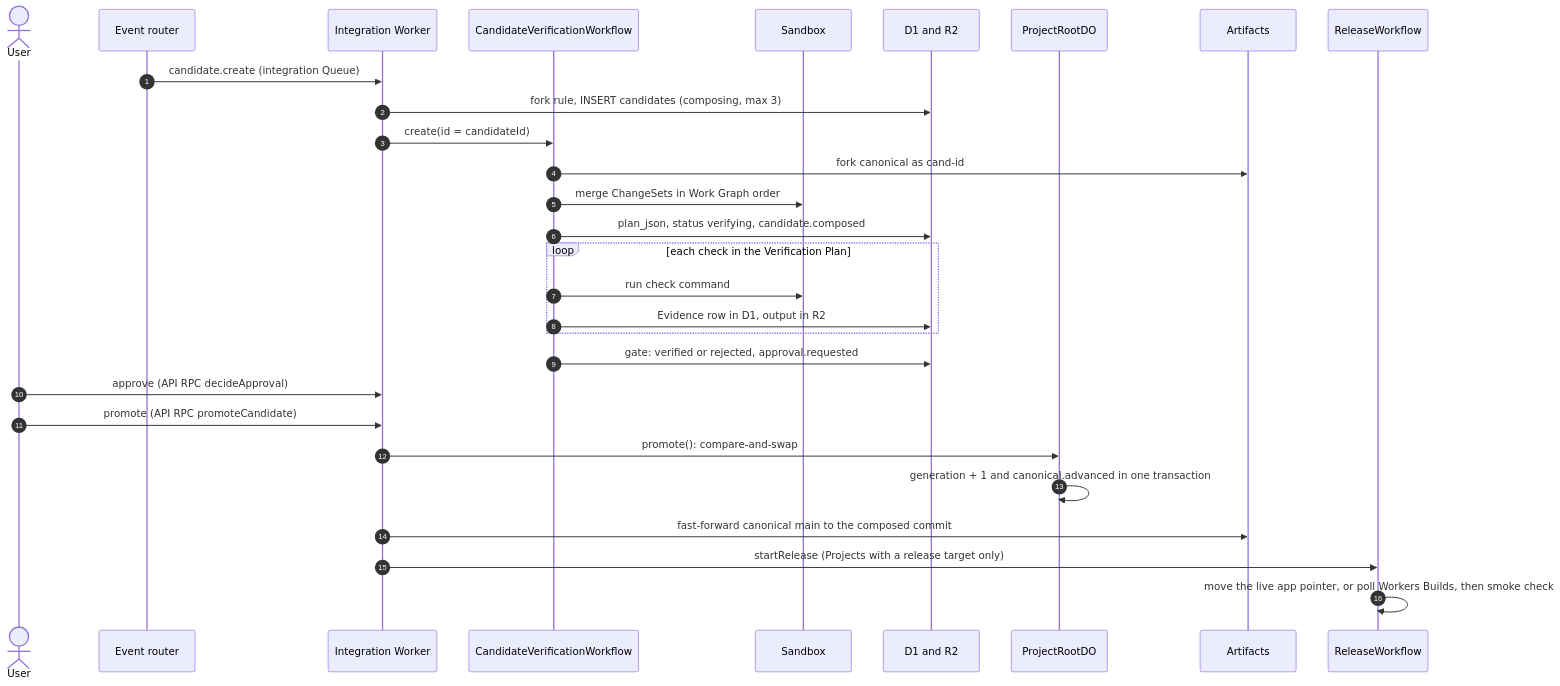
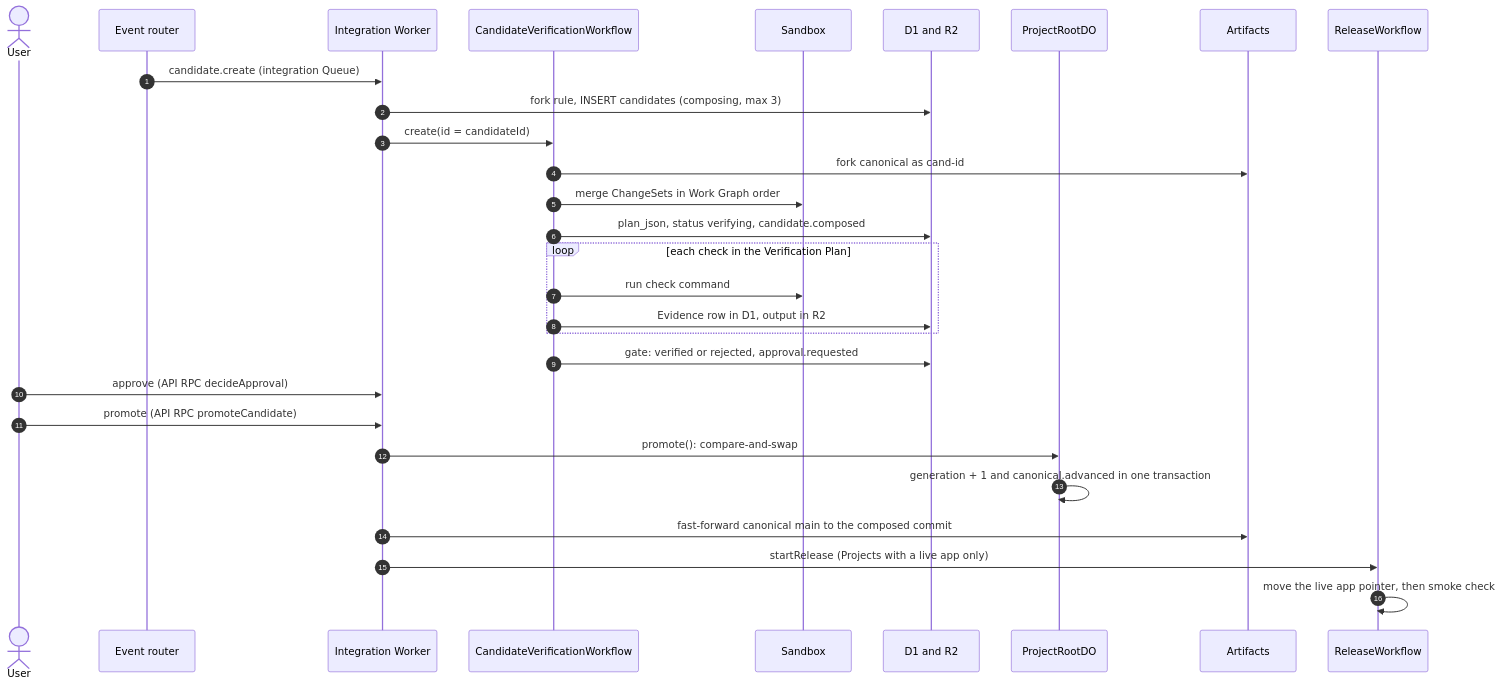
Before and after one commit to nsudhanva/rhumbatron: the third of 7 diagrams in docs/architecture/change-lifecycle.md, drawn with Mermaid. The commit also changed other lines of this file and 16 other files, not shown here.

Commit message:
docs(docs): state live app as the only release path and delete adr 0018

````diff
--- a/docs/architecture/change-lifecycle.md
+++ b/docs/architecture/change-lifecycle.md
@@ -113,32 +113,32 @@
 ```mermaid
 sequenceDiagram
   autonumber
   actor User
   participant ER as Event router
   participant INT as Integration Worker
   participant VW as CandidateVerificationWorkflow
   participant SBX as Sandbox
   participant D1 as D1 and R2
   participant Root as ProjectRootDO
   participant Art as Artifacts
   participant RW as ReleaseWorkflow
 
   ER->>INT: candidate.create (integration Queue)
   INT->>D1: fork rule, INSERT candidates (composing, max 3)
   INT->>VW: create(id = candidateId)
   VW->>Art: fork canonical as cand-id
   VW->>SBX: merge ChangeSets in Work Graph order
   VW->>D1: plan_json, status verifying, candidate.composed
   loop each check in the Verification Plan
     VW->>SBX: run check command
     VW->>D1: Evidence row in D1, output in R2
   end
   VW->>D1: gate: verified or rejected, approval.requested
   User->>INT: approve (API RPC decideApproval)
   User->>INT: promote (API RPC promoteCandidate)
   INT->>Root: promote(): compare-and-swap
   Root->>Root: generation + 1 and canonical.advanced in one transaction
   INT->>Art: fast-forward canonical main to the composed commit
-  INT->>RW: startRelease (Projects with a release target only)
-  RW->>RW: move the live app pointer, or poll Workers Builds, then smoke check
+  INT->>RW: startRelease (Projects with a live app only)
+  RW->>RW: move the live app pointer, then smoke check
 ```
````
